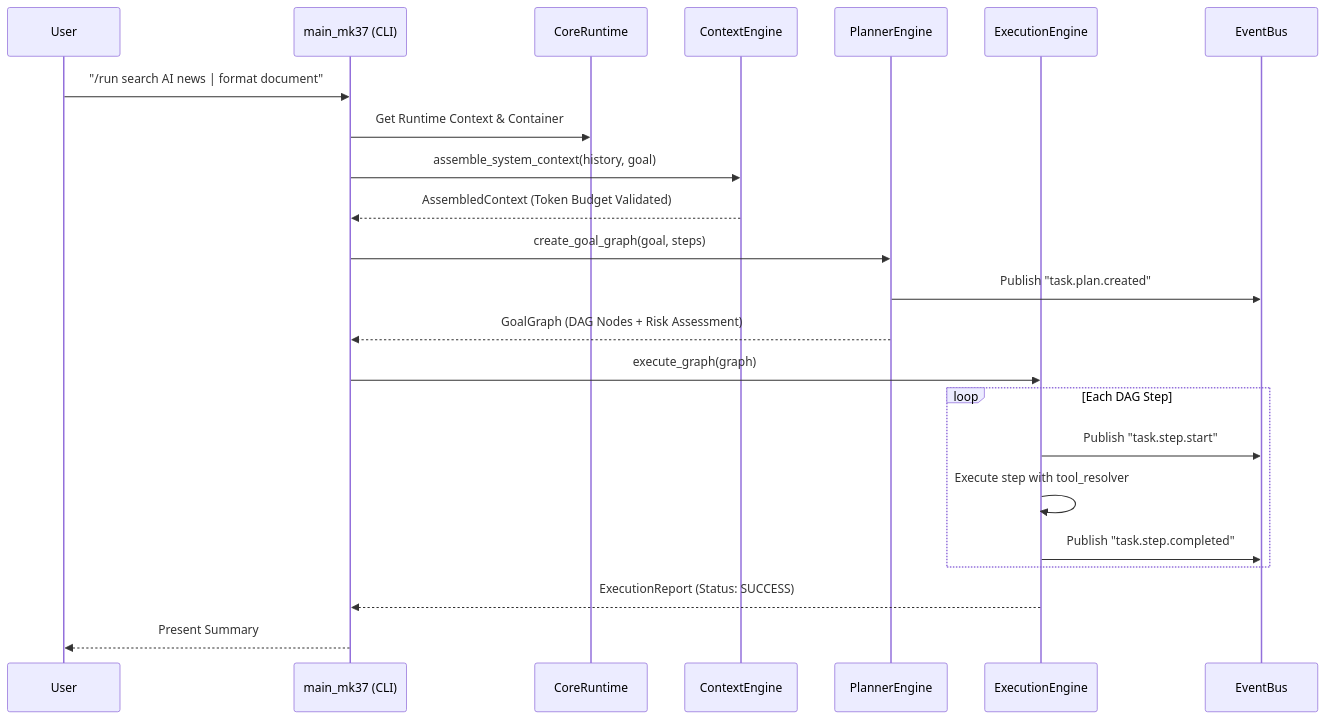
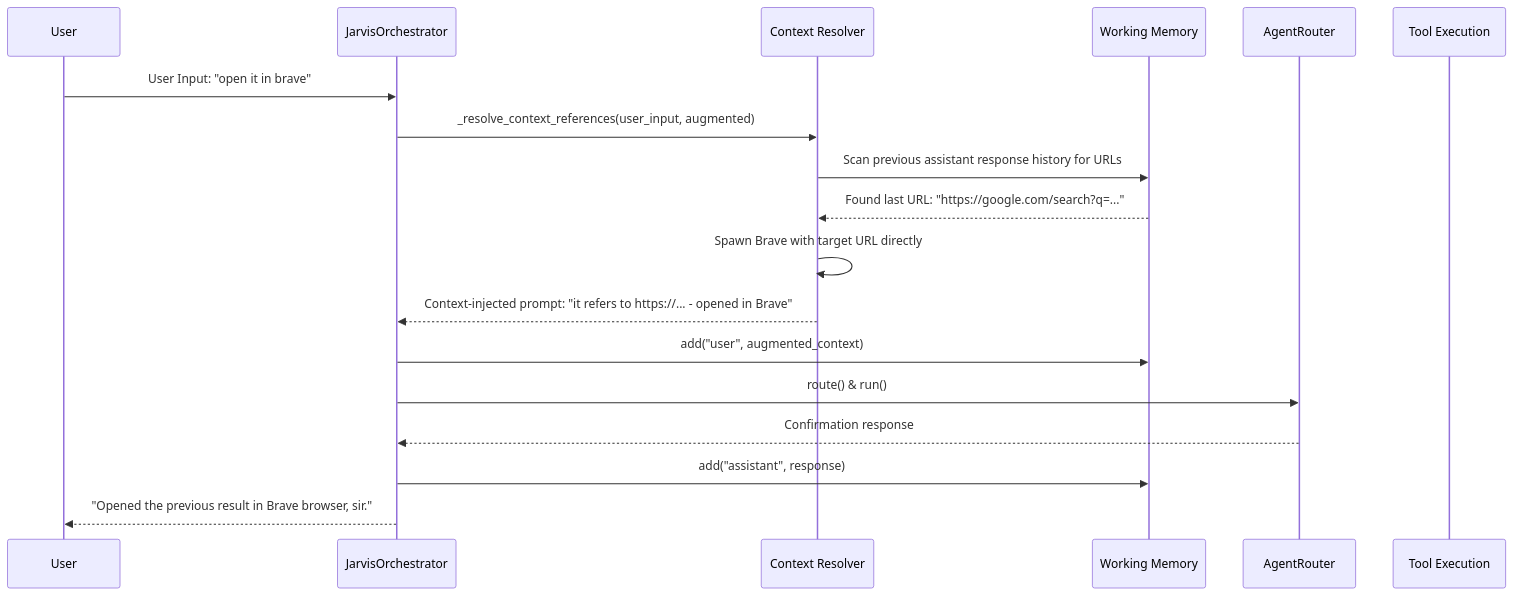
One commit to bharthraj1412/BrJarvis changed the second of 2 diagrams in br_archetecture/architecture/ARCHITECTURE.md. Above: the diagram before and after it, drawn with Mermaid. The commit also changed other lines of this file and 2 other files, not shown here.

Commit message:
Doc Upgrade: Synchronize fullproject.md, ARCHITECTURE.md and CHANGELOG.md in br_archetecture to reflect context fix, pronoun resolution and live OS visual traces

````diff
--- a/br_archetecture/architecture/ARCHITECTURE.md
+++ b/br_archetecture/architecture/ARCHITECTURE.md
@@ -38,26 +57,21 @@
 ```mermaid
 sequenceDiagram
     participant User
-    participant CLI as main_mk37 (CLI)
-    participant Core as CoreRuntime
-    participant Context as ContextEngine
-    participant Planner as PlannerEngine
-    participant Executor as ExecutionEngine
-    participant Bus as EventBus
+    participant Orch as JarvisOrchestrator
+    participant ContextResolver as Context Resolver
+    participant WM as Working Memory
+    participant Router as AgentRouter
+    participant Tool as Tool Execution
 
-    User->>CLI: "/run search AI news | format document"
-    CLI->>Core: Get Runtime Context & Container
-    CLI->>Context: assemble_system_context(history, goal)
-    Context-->>CLI: AssembledContext (Token Budget Validated)
-    CLI->>Planner: create_goal_graph(goal, steps)
-    Planner->>Bus: Publish "task.plan.created"
-    Planner-->>CLI: GoalGraph (DAG Nodes + Risk Assessment)
-    CLI->>Executor: execute_graph(graph)
-    loop Each DAG Step
-        Executor->>Bus: Publish "task.step.start"
-        Executor->>Executor: Execute step with tool_resolver
-        Executor->>Bus: Publish "task.step.completed"
-    end
-    Executor-->>CLI: ExecutionReport (Status: SUCCESS)
-    CLI-->>User: Present Summary
+    User->>Orch: User Input: "open it in brave"
+    Orch->>ContextResolver: _resolve_context_references(user_input, augmented)
+    ContextResolver->>WM: Scan previous assistant response history for URLs
+    WM-->>ContextResolver: Found last URL: "https://google.com/search?q=..."
+    ContextResolver->>ContextResolver: Spawn Brave with target URL directly
+    ContextResolver-->>Orch: Context-injected prompt: "it refers to https://... - opened in Brave"
+    Orch->>WM: add("user", augmented_context)
+    Orch->>Router: route() & run()
+    Router-->>Orch: Confirmation response
+    Orch->>WM: add("assistant", response)
+    Orch-->>User: "Opened the previous result in Brave browser, sir."
 ```
````
